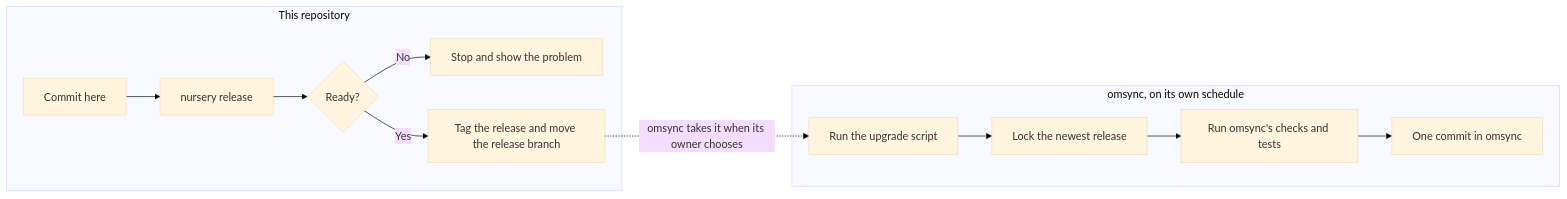
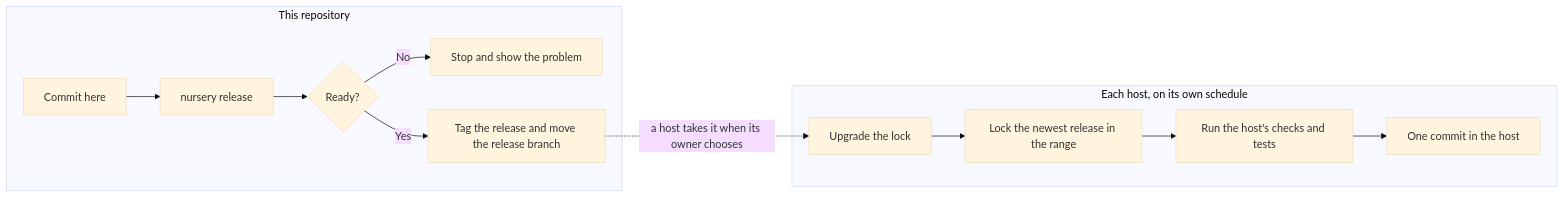
One commit to spinningyoyo/omsync-nursery changed the fourth of 5 diagrams in docs/overview.md. Above: the diagram before and after it, drawn with Mermaid (base theme). The commit also changed other lines of this file and 33 other files, not shown here.

````diff
--- a/docs/overview.md
+++ b/docs/overview.md
@@ -136,15 +138,15 @@
 ```mermaid
 flowchart LR
     subgraph N ["This repository"]
         A[Commit here] --> B[nursery release]
         B --> C{Ready?}
         C -- No --> D[Stop and show the problem]
         C -- Yes --> E[Tag the release and move the release branch]
     end
-    subgraph O ["omsync, on its own schedule"]
-        F[Run the upgrade script] --> G[Lock the newest release]
-        G --> H[Run omsync's checks and tests]
-        H --> I[One commit in omsync]
+    subgraph O ["Each host, on its own schedule"]
+        F[Upgrade the lock] --> G[Lock the newest release in the range]
+        G --> H[Run the host's checks and tests]
+        H --> I[One commit in the host]
     end
-    E -. "omsync takes it when its owner chooses" .-> F
+    E -. "a host takes it when its owner chooses" .-> F
 ```
````
